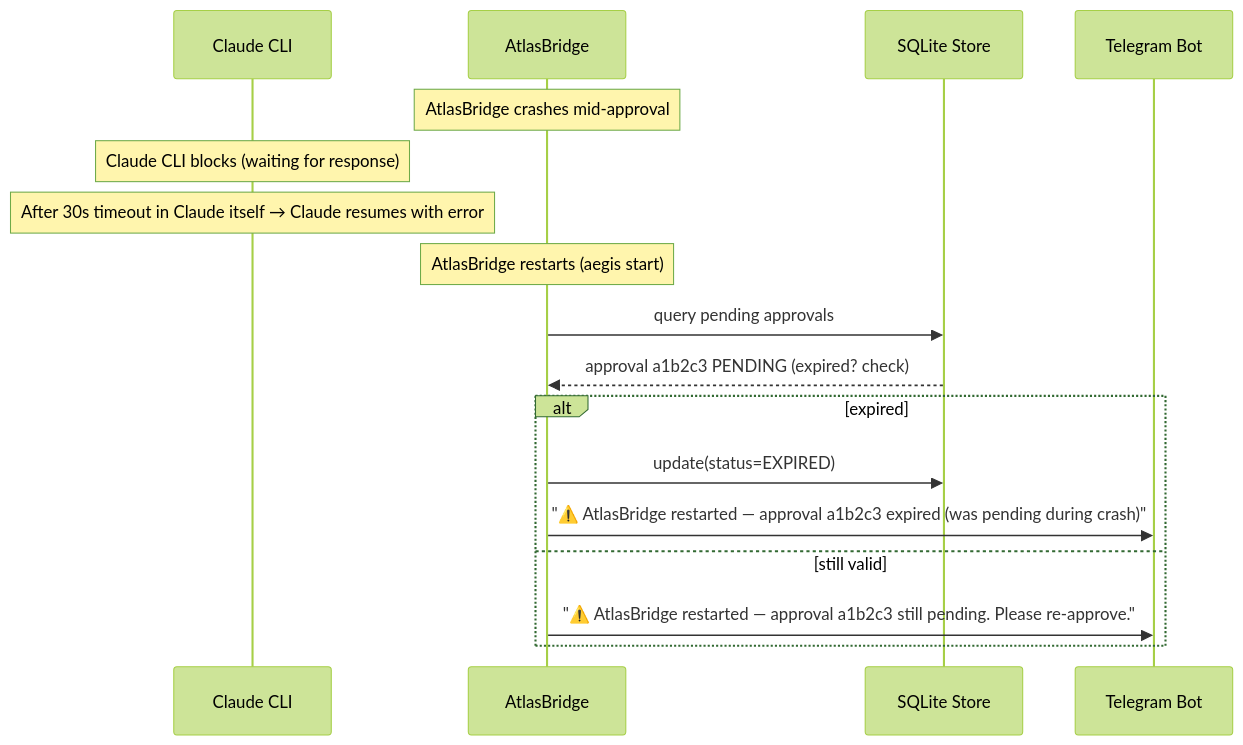
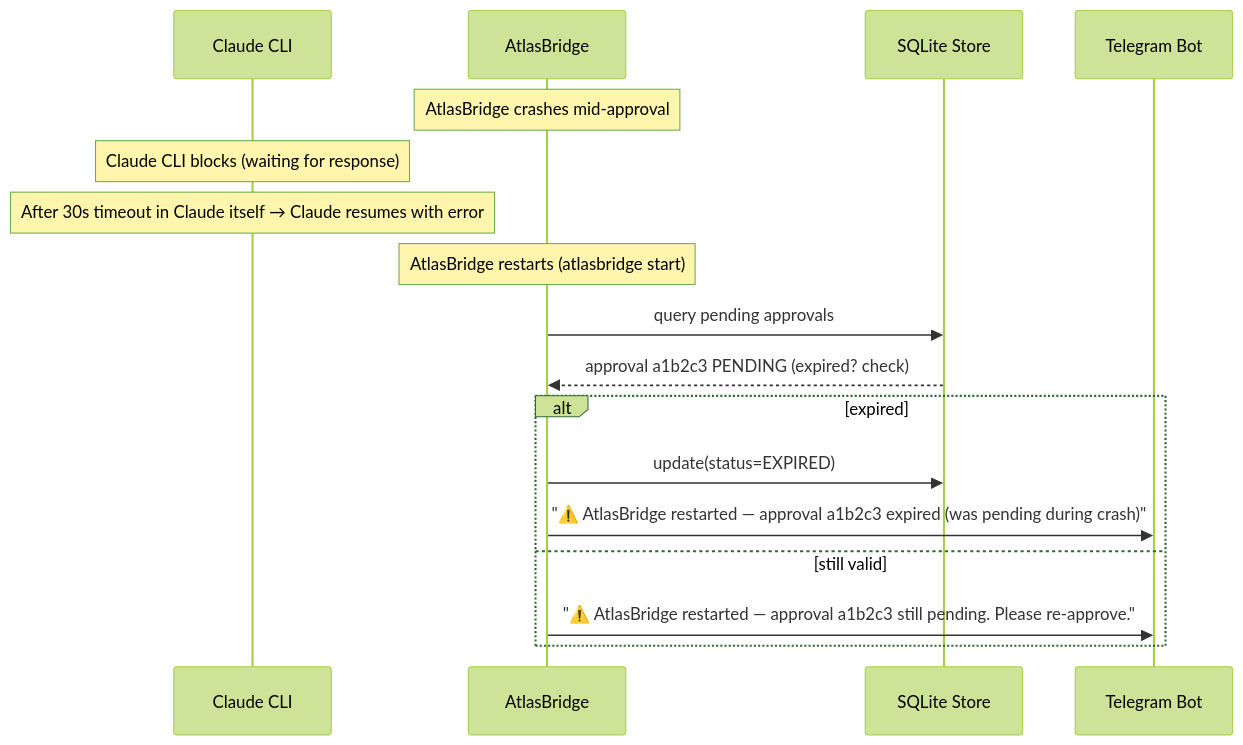
Before and after one commit to abdulraoufatia/aegis-cli: the seventh of 8 diagrams in docs/tool-interception-design.md, drawn with Mermaid (forest theme). The commit also changed other lines of this file and 42 other files, not shown here.

First line of the commit message:
chore: rename aegis to atlasbridge across entire repo (#31)

````diff
--- a/docs/tool-interception-design.md
+++ b/docs/tool-interception-design.md
@@ -298,22 +298,22 @@
 ```mermaid
 sequenceDiagram
     participant C as Claude CLI
     participant A as AtlasBridge
     participant DB as SQLite Store
     participant T as Telegram Bot
 
     Note over A: AtlasBridge crashes mid-approval
 
     Note over C: Claude CLI blocks (waiting for response)
     Note over C: After 30s timeout in Claude itself → Claude resumes with error
 
-    Note over A: AtlasBridge restarts (aegis start)
+    Note over A: AtlasBridge restarts (atlasbridge start)
     A->>DB: query pending approvals
     DB-->>A: approval a1b2c3 PENDING (expired? check)
     alt expired
         A->>DB: update(status=EXPIRED)
         A->>T: "⚠️ AtlasBridge restarted — approval a1b2c3 expired (was pending during crash)"
     else still valid
         A->>T: "⚠️ AtlasBridge restarted — approval a1b2c3 still pending. Please re-approve."
     end
 ```
````
